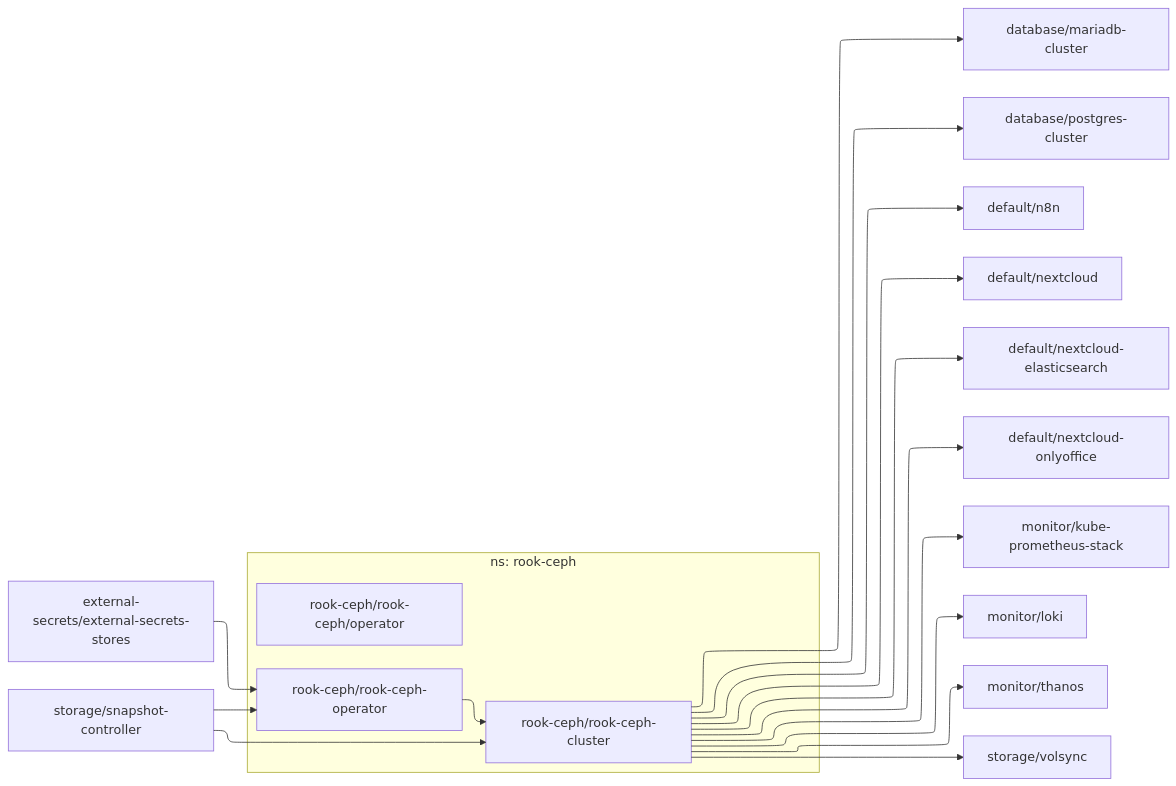
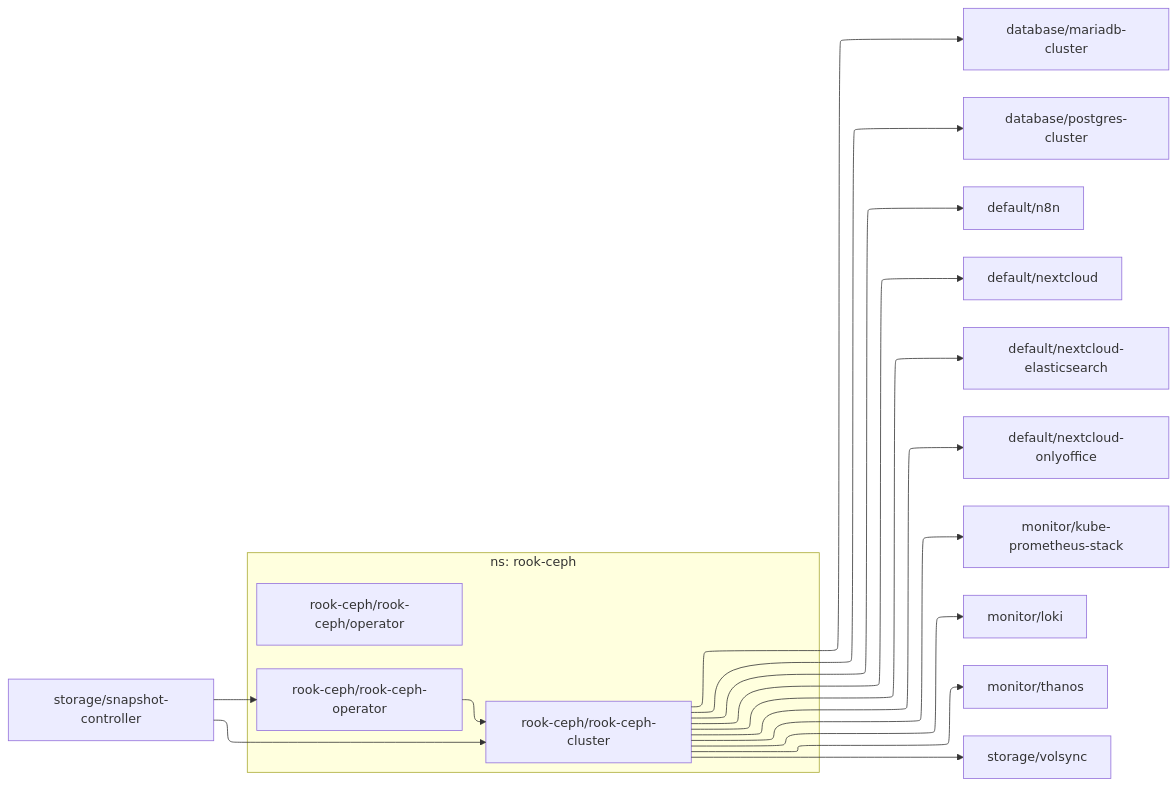
The diagram in dependencies/DEPENDENCIES-rook-ceph.md (roblandry/home-ops), drawn with Mermaid before and after one commit. The commit also changed 12 other files, not shown here.

````diff
--- a/dependencies/DEPENDENCIES-rook-ceph.md
+++ b/dependencies/DEPENDENCIES-rook-ceph.md
@@ -1,26 +1,25 @@
 ```mermaid
 ---
 config:
   layout: elk
 ---
 flowchart LR
 
   subgraph "ns: rook-ceph"
     rook-ceph/rook-ceph-operator
     rook-ceph/rook-ceph/operator
     rook-ceph/rook-ceph-operator --> rook-ceph/rook-ceph-cluster
   end
-  external-secrets/external-secrets-stores --> rook-ceph/rook-ceph-operator
   rook-ceph/rook-ceph-cluster --> database/mariadb-cluster
   rook-ceph/rook-ceph-cluster --> database/postgres-cluster
   rook-ceph/rook-ceph-cluster --> default/n8n
   rook-ceph/rook-ceph-cluster --> default/nextcloud
   rook-ceph/rook-ceph-cluster --> default/nextcloud-elasticsearch
   rook-ceph/rook-ceph-cluster --> default/nextcloud-onlyoffice
   rook-ceph/rook-ceph-cluster --> monitor/kube-prometheus-stack
   rook-ceph/rook-ceph-cluster --> monitor/loki
   rook-ceph/rook-ceph-cluster --> monitor/thanos
   rook-ceph/rook-ceph-cluster --> storage/volsync
   storage/snapshot-controller --> rook-ceph/rook-ceph-cluster
   storage/snapshot-controller --> rook-ceph/rook-ceph-operator
 ```
````
